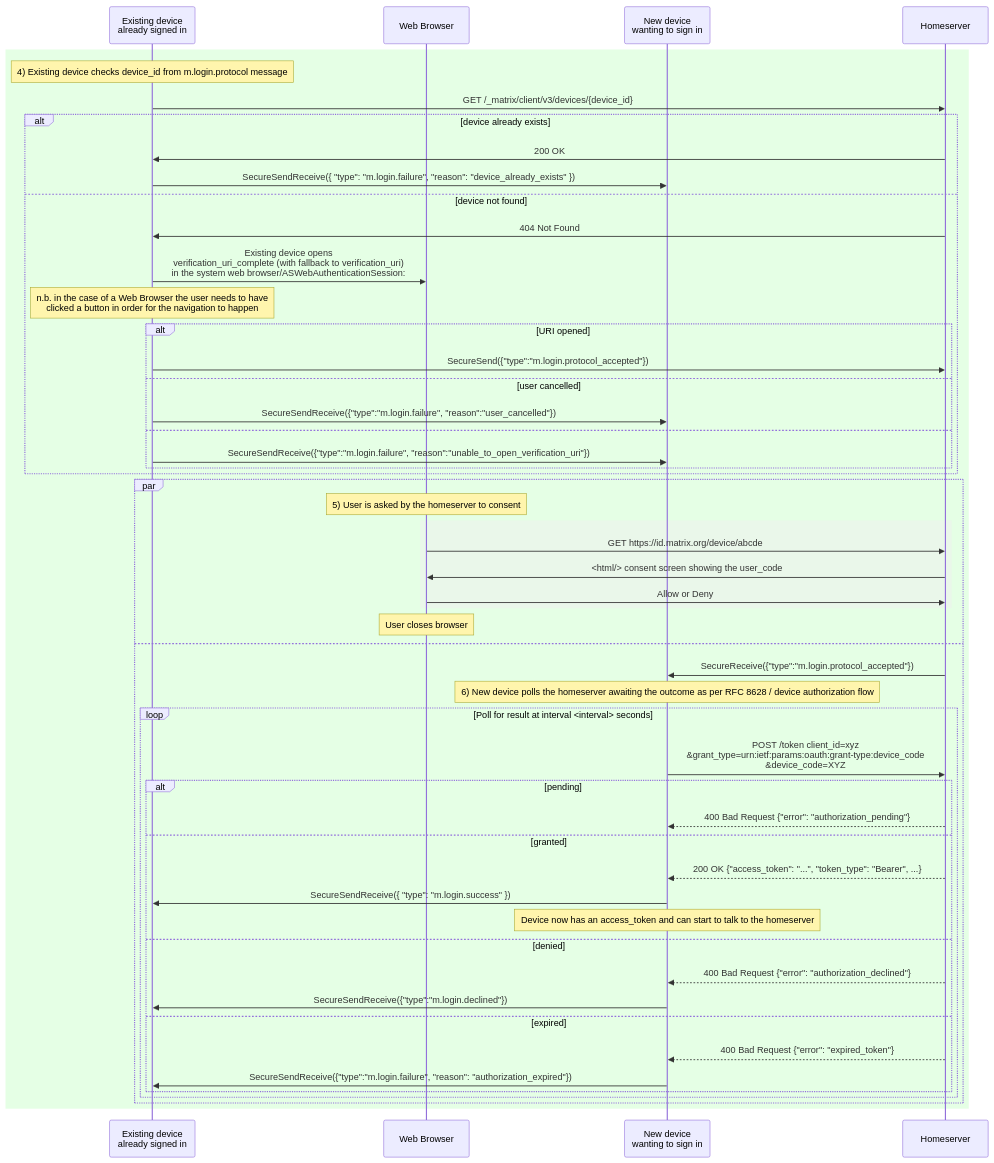
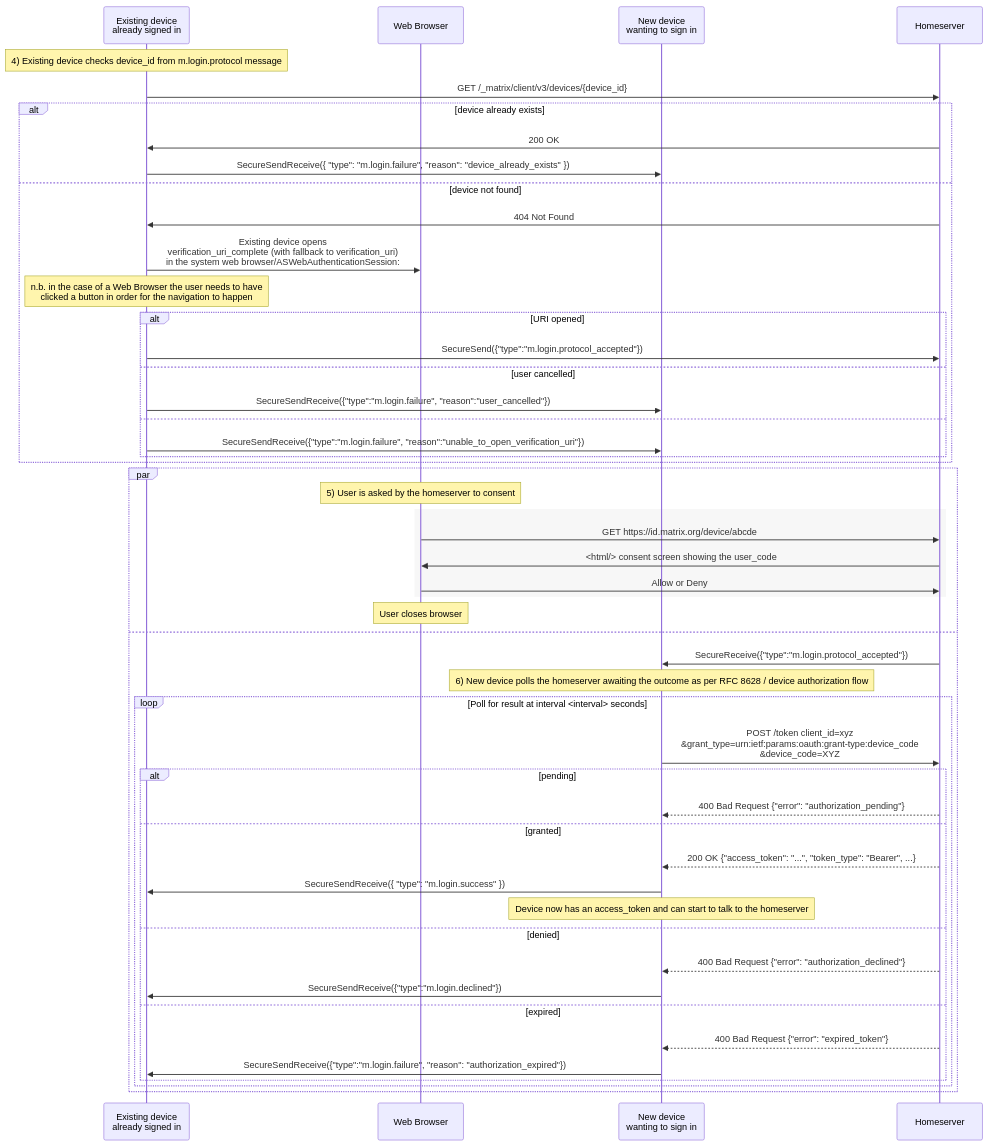
Before and after one commit to matrix-org/matrix-spec-proposals: the fourth of 5 diagrams in proposals/4108-oidc-qr-login.md, drawn with Mermaid. The commit also changed other lines of this file, not shown here.

Commit message:
Remove background from sequence diagrams where colour has no meaning

````diff
--- a/proposals/4108-oidc-qr-login.md
+++ b/proposals/4108-oidc-qr-login.md
@@ -505,55 +505,53 @@
 ```mermaid
 sequenceDiagram
     participant E as Existing device <br>already signed in
     participant UA as Web Browser
     participant N as New device <br>wanting to sign in
     participant HS as Homeserver
 
-    rect rgba(0,255,0, 0.1)
         note over E: 4) Existing device checks device_id from m.login.protocol message
         E->>HS: GET /_matrix/client/v3/devices/{device_id}
         alt device already exists
             HS->>E: 200 OK
             E->>N: SecureSendReceive({ "type": "m.login.failure", "reason": "device_already_exists" })
         else device not found
             HS->>E: 404 Not Found
             E->>UA: Existing device opens <br>verification_uri_complete (with fallback to verification_uri)<br> in the system web browser/ASWebAuthenticationSession:
             Note over E: n.b. in the case of a Web Browser the user needs to have<br> clicked a button in order for the navigation to happen
             alt URI opened
                 E->>HS: SecureSend({"type":"m.login.protocol_accepted"})
             else user cancelled
                 E->>N: SecureSendReceive({"type":"m.login.failure", "reason":"user_cancelled"})
             else
                 E->>N: SecureSendReceive({"type":"m.login.failure", "reason":"unable_to_open_verification_uri"})
             end
         end
         par
             Note over UA: 5) User is asked by the homeserver to consent
             rect rgba(240,240,240,0.5)
                 UA->>HS: GET https://id.matrix.org/device/abcde
                 HS->>UA: <html/> consent screen showing the user_code
                 UA->>HS: Allow or Deny
             end
             Note over UA: User closes browser
         and
             HS->>N: SecureReceive({"type":"m.login.protocol_accepted"})
         note over N: 6) New device polls the homeserver awaiting the outcome as per RFC 8628 / device authorization flow
             loop Poll for result at interval <interval> seconds
                 N->>HS: POST /token client_id=xyz<br>&grant_type=urn:ietf:params:oauth:grant-type:device_code<br>&device_code=XYZ
                 alt pending
                     HS-->>N: 400 Bad Request {"error": "authorization_pending"}
                 else granted
                     HS-->>N: 200 OK {"access_token": "...", "token_type": "Bearer", ...}
                     N->>E: SecureSendReceive({ "type": "m.login.success" })
                     Note over N: Device now has an access_token and can start to talk to the homeserver
                 else denied
                     HS-->>N: 400 Bad Request {"error": "authorization_declined"}
                     N->>E: SecureSendReceive({"type":"m.login.declined"})
                 else expired
                     HS-->>N: 400 Bad Request {"error": "expired_token"}
                     N->>E: SecureSendReceive({"type":"m.login.failure", "reason": "authorization_expired"})
                 end
             end
         end
-    end
 ```
````
